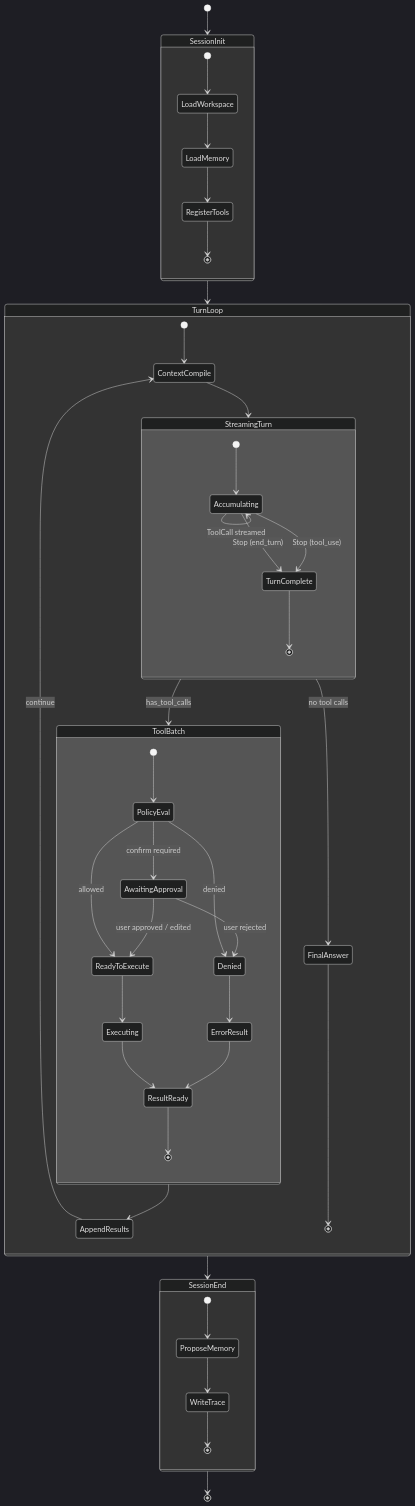
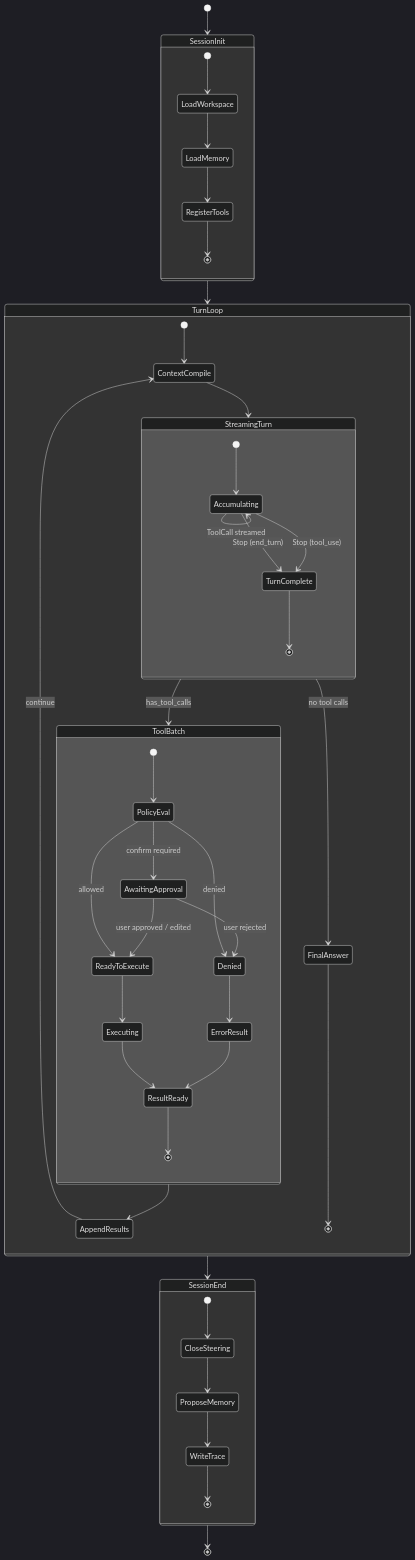
The third of 11 diagrams in docs/gestalt-harness-architecture.md (woshi517/gestalt-harness), drawn with Mermaid (dark theme) before and after one commit. The commit also changed other lines of this file and 46 other files, not shown here.

````diff
--- a/docs/gestalt-harness-architecture.md
+++ b/docs/gestalt-harness-architecture.md
@@ -277,66 +277,67 @@
 ```mermaid
 stateDiagram-v2
     [*] --> SessionInit
 
     state SessionInit {
         [*] --> LoadWorkspace
         LoadWorkspace --> LoadMemory
         LoadMemory --> RegisterTools
         RegisterTools --> [*]
     }
 
     SessionInit --> TurnLoop
 
     state TurnLoop {
         [*] --> ContextCompile
 
         ContextCompile --> StreamingTurn
 
         state StreamingTurn {
             [*] --> Accumulating
 
             Accumulating --> Accumulating : Text delta
             Accumulating --> Accumulating : Thinking delta
             Accumulating --> Accumulating : ToolCall streamed
             Accumulating --> TurnComplete : Stop (end_turn)
             Accumulating --> TurnComplete : Stop (tool_use)
             TurnComplete --> [*]
         }
 
         StreamingTurn --> ToolBatch : has_tool_calls
 
         state ToolBatch {
             [*] --> PolicyEval
 
             PolicyEval --> AwaitingApproval : confirm required
             PolicyEval --> ReadyToExecute : allowed
             PolicyEval --> Denied : denied
 
             AwaitingApproval --> ReadyToExecute : user approved / edited
             AwaitingApproval --> Denied : user rejected
 
             ReadyToExecute --> Executing
             Denied --> ErrorResult
 
             Executing --> ResultReady
             ErrorResult --> ResultReady
             ResultReady --> [*]
         }
 
         ToolBatch --> AppendResults
         AppendResults --> ContextCompile : continue
 
         StreamingTurn --> FinalAnswer : no tool calls
         FinalAnswer --> [*]
     }
 
     TurnLoop --> SessionEnd
 
     state SessionEnd {
-        [*] --> ProposeMemory
+        [*] --> CloseSteering
+        CloseSteering --> ProposeMemory
         ProposeMemory --> WriteTrace
         WriteTrace --> [*]
     }
 
     SessionEnd --> [*]
 ```
````
